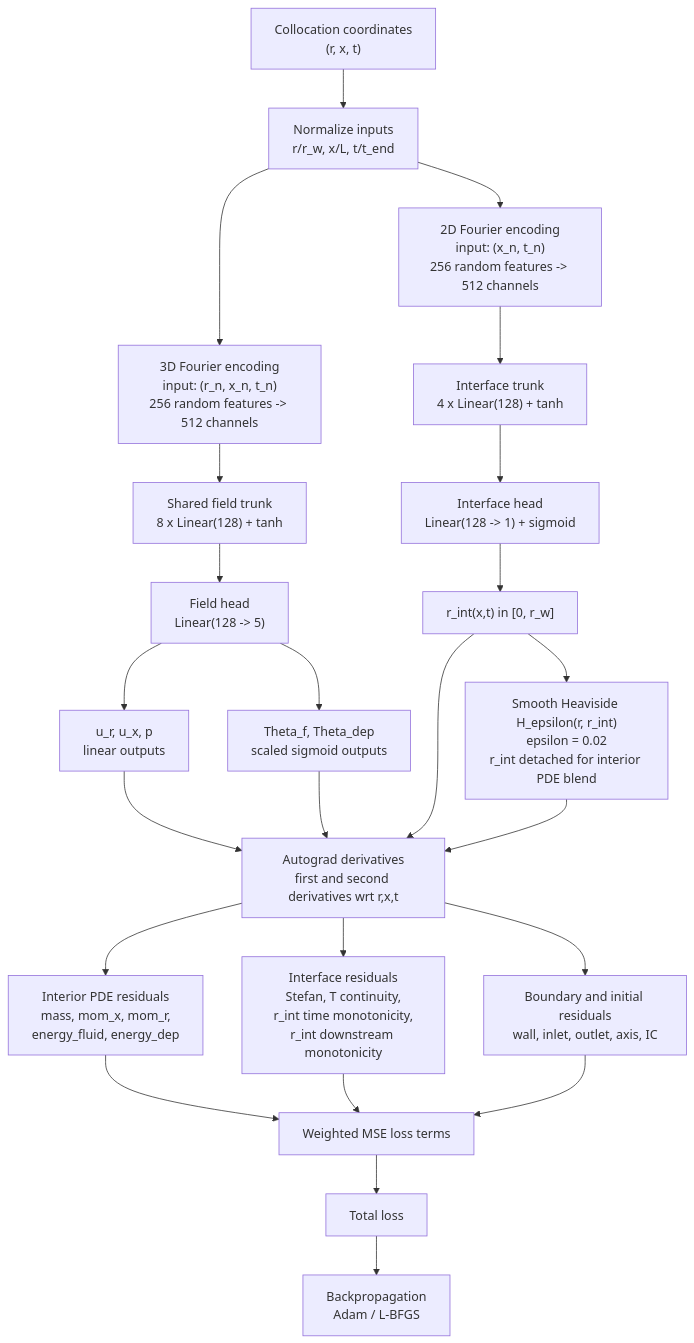
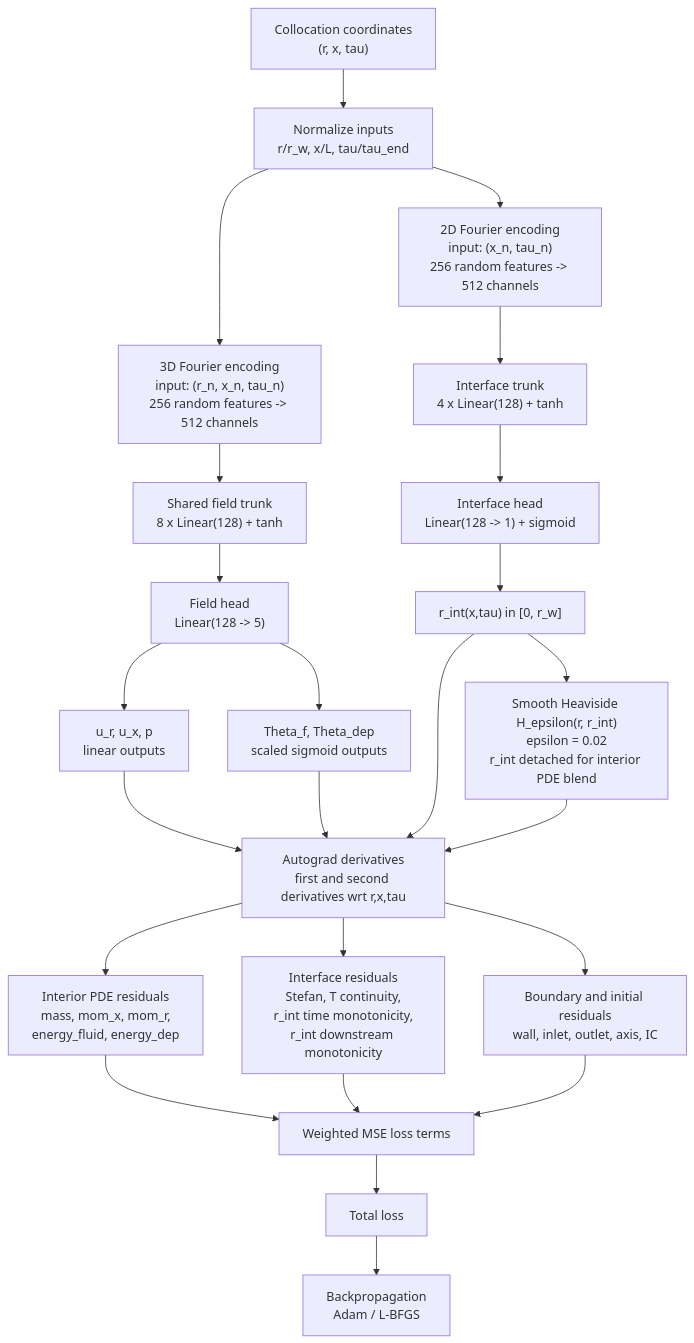
One commit to gaokeyan123/PINNs-Codex-Derived changed the diagram in PROJECT_STATE.md. Above: the diagram before and after it, drawn with Mermaid. The commit also changed other lines of this file and 17 other files, not shown here.

````diff
--- a/PROJECT_STATE.md
+++ b/PROJECT_STATE.md
@@ -126,31 +127,31 @@
 ```mermaid
 flowchart TD
-    A["Collocation coordinates\n(r, x, t)"] --> B["Normalize inputs\nr/r_w, x/L, t/t_end"]
+    A["Collocation coordinates\n(r, x, tau)"] --> B["Normalize inputs\nr/r_w, x/L, tau/tau_end"]
 
-    B --> C1["3D Fourier encoding\ninput: (r_n, x_n, t_n)\n256 random features -> 512 channels"]
+    B --> C1["3D Fourier encoding\ninput: (r_n, x_n, tau_n)\n256 random features -> 512 channels"]
     C1 --> D1["Shared field trunk\n8 x Linear(128) + tanh"]
     D1 --> E1["Field head\nLinear(128 -> 5)"]
     E1 --> F1["u_r, u_x, p\nlinear outputs"]
     E1 --> F2["Theta_f, Theta_dep\nscaled sigmoid outputs"]
 
-    B --> C2["2D Fourier encoding\ninput: (x_n, t_n)\n256 random features -> 512 channels"]
+    B --> C2["2D Fourier encoding\ninput: (x_n, tau_n)\n256 random features -> 512 channels"]
     C2 --> D2["Interface trunk\n4 x Linear(128) + tanh"]
     D2 --> E2["Interface head\nLinear(128 -> 1) + sigmoid"]
-    E2 --> F3["r_int(x,t) in [0, r_w]"]
+    E2 --> F3["r_int(x,tau) in [0, r_w]"]
 
     F3 --> G["Smooth Heaviside H_epsilon(r, r_int)\nepsilon = 0.02\nr_int detached for interior PDE blend"]
-    F1 --> H["Autograd derivatives\nfirst and second derivatives wrt r,x,t"]
+    F1 --> H["Autograd derivatives\nfirst and second derivatives wrt r,x,tau"]
     F2 --> H
     F3 --> H
     G --> H
 
     H --> I["Interior PDE residuals\nmass, mom_x, mom_r,\nenergy_fluid, energy_dep"]
     H --> J["Interface residuals\nStefan, T continuity,\nr_int time monotonicity,\nr_int downstream monotonicity"]
     H --> K["Boundary and initial residuals\nwall, inlet, outlet, axis, IC"]
 
     I --> L["Weighted MSE loss terms"]
     J --> L
     K --> L
     L --> M["Total loss"]
     M --> N["Backpropagation\nAdam / L-BFGS"]
 ```
````
